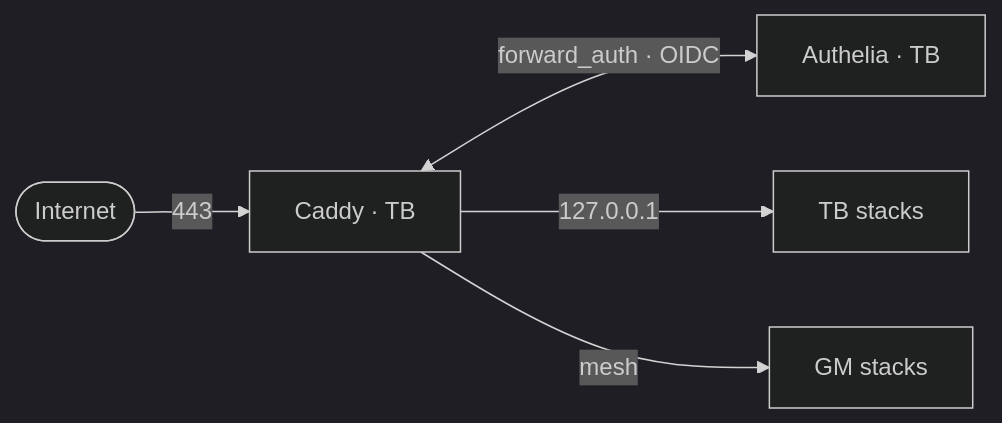
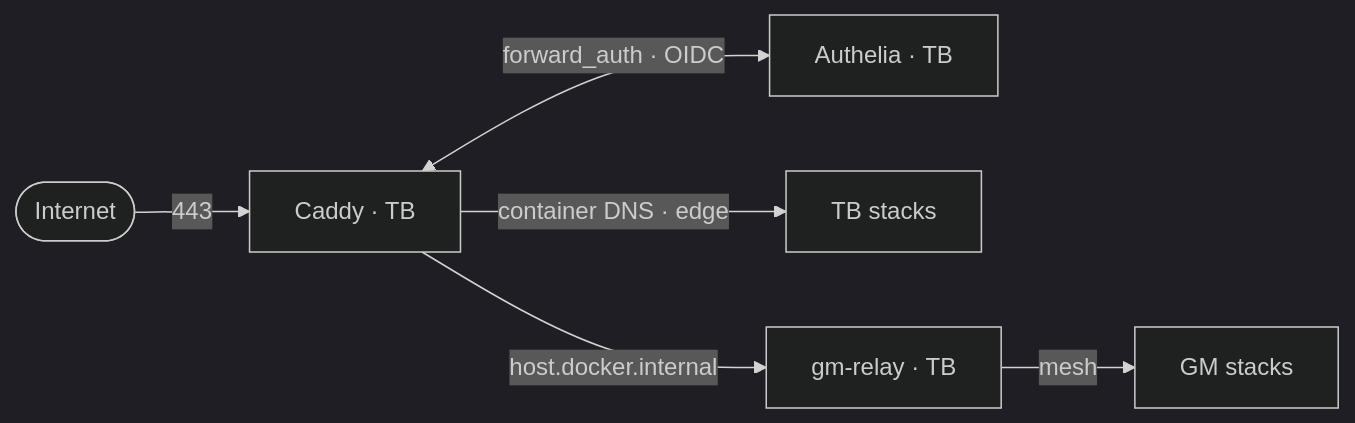
Before and after one commit to siffreinsg/the-sea: the first of 3 diagrams in docs/ARCHI.md, drawn with Mermaid (dark theme). The commit also changed other lines of this file and 46 other files, not shown here.

First line of the commit message:
Network architecture redesign: per-stack Docker networks + Headscale ACL (#13)

````diff
--- a/docs/ARCHI.md
+++ b/docs/ARCHI.md
@@ -8,7 +8,8 @@
 ```mermaid
 flowchart LR
   user([Internet]) -->|443| caddy[Caddy · TB]
   caddy <-->|forward_auth · OIDC| authelia[Authelia · TB]
-  caddy -->|127.0.0.1| tb[TB stacks]
-  caddy -->|mesh| gm[GM stacks]
+  caddy -->|container DNS · edge| tb[TB stacks]
+  caddy -->|host.docker.internal| gm_relay[gm-relay · TB]
+  gm_relay -->|mesh| gm[GM stacks]
 ```
````
